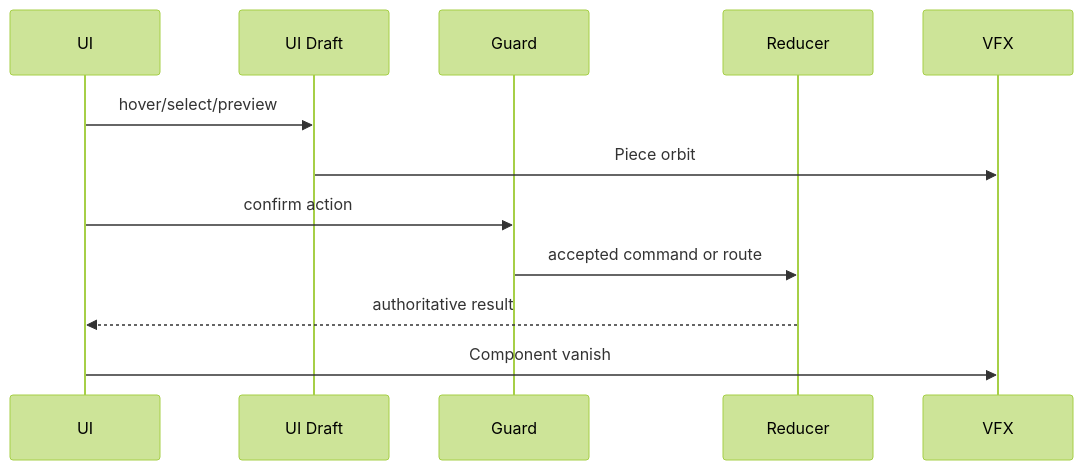
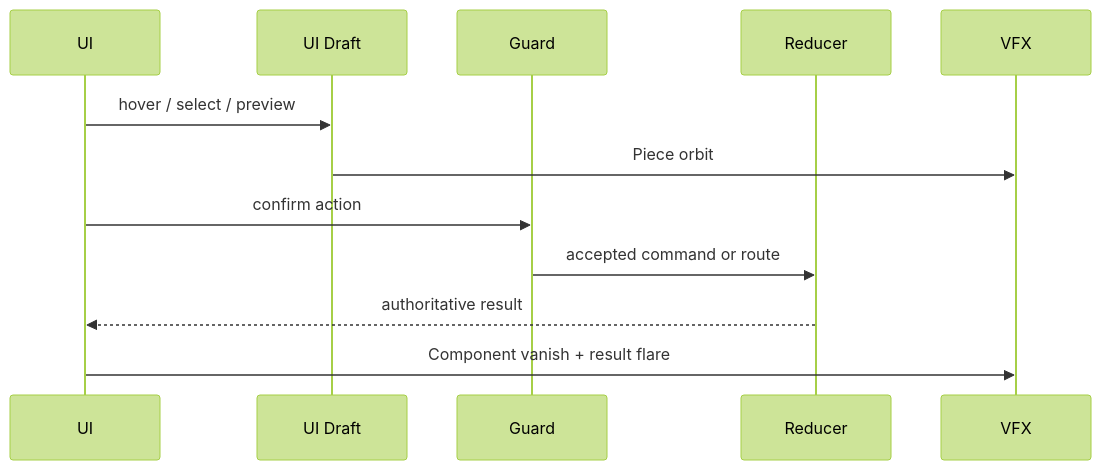
Before and after one commit to SunaNoOshiro/Heroes_Reforged_AI_Realms: the fourth of 5 diagrams in docs/architecture/wiki/screens/52-artifact-combine-dialog/architecture.md, drawn with Mermaid (forest theme). The commit also changed other lines of this file and 518 other files, not shown here.

First line of the commit message:
Add doc-audit skill and sweep architecture/screen docs

````diff
--- a/docs/architecture/wiki/screens/52-artifact-combine-dialog/architecture.md
+++ b/docs/architecture/wiki/screens/52-artifact-combine-dialog/architecture.md
@@ -52,14 +61,14 @@
 ```mermaid
 sequenceDiagram
   participant UI
   participant Draft as UI Draft
   participant Guard
   participant Reducer
   participant VFX
-  UI->>Draft: hover/select/preview
+  UI->>Draft: hover / select / preview
   Draft->>VFX: Piece orbit
   UI->>Guard: confirm action
   Guard->>Reducer: accepted command or route
   Reducer-->>UI: authoritative result
-  UI->>VFX: Component vanish
+  UI->>VFX: Component vanish + result flare
 ```
````
